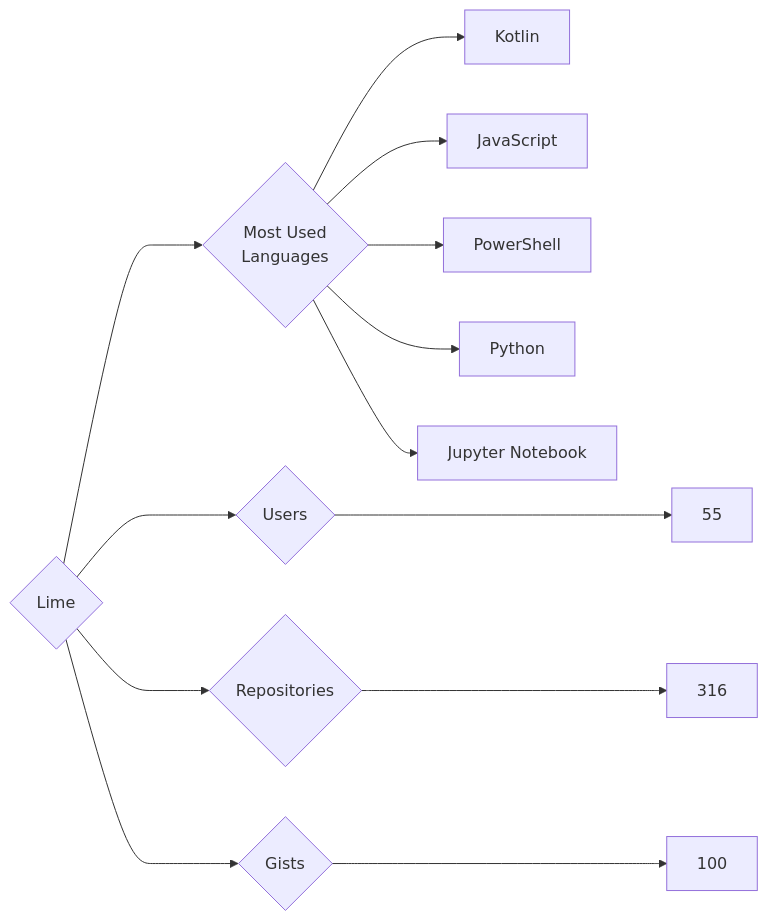
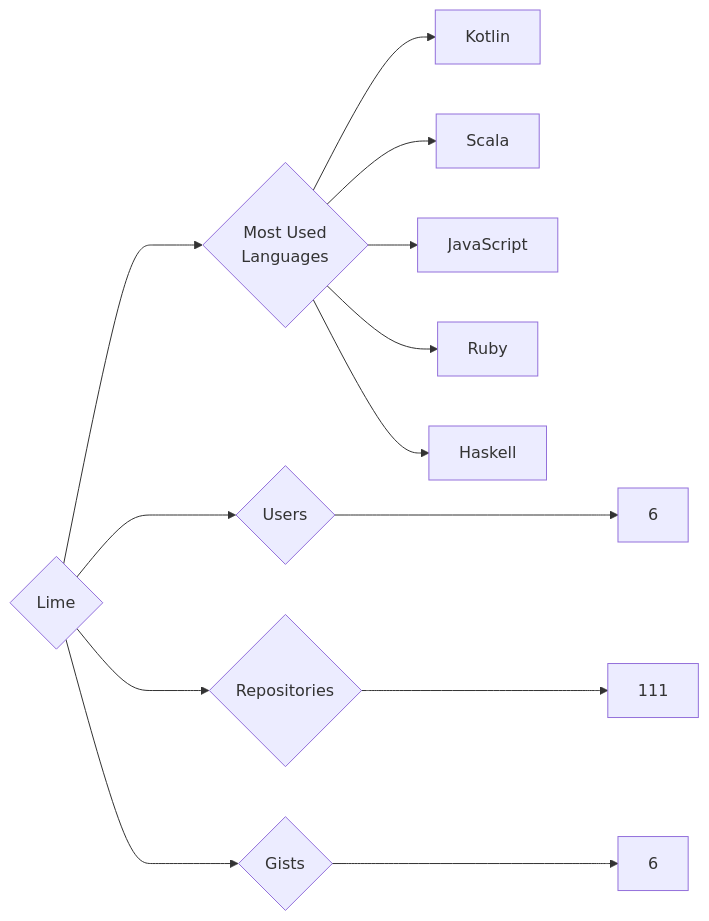
One commit to trickest/insiders changed the diagram in targets/Lime/README.md. Above: the diagram before and after it, drawn with Mermaid. The commit also changed 815 other files, not shown here.

````diff
--- a/targets/Lime/README.md
+++ b/targets/Lime/README.md
@@ -3,13 +3,13 @@
 ```mermaid
 graph LR
 COMPANY_NAME{Lime}
-COMPANY_NAME ---> U{Users} ---> UN[55]
-COMPANY_NAME ---> R{Repositories} ---> RN[316]
-COMPANY_NAME ---> G{Gists} ---> GN[100]
+COMPANY_NAME ---> U{Users} ---> UN[6]
+COMPANY_NAME ---> R{Repositories} ---> RN[111]
+COMPANY_NAME ---> G{Gists} ---> GN[6]
 COMPANY_NAME ---> ML{Most Used<br>Languages}
 ML --> Kotlin[Kotlin]
+ML --> Scala[Scala]
 ML --> JavaScript[JavaScript]
-ML --> PowerShell[PowerShell]
-ML --> Python[Python]
-ML --> Jupyter_Notebook[Jupyter Notebook]
+ML --> Ruby[Ruby]
+ML --> Haskell[Haskell]
 ```
````
